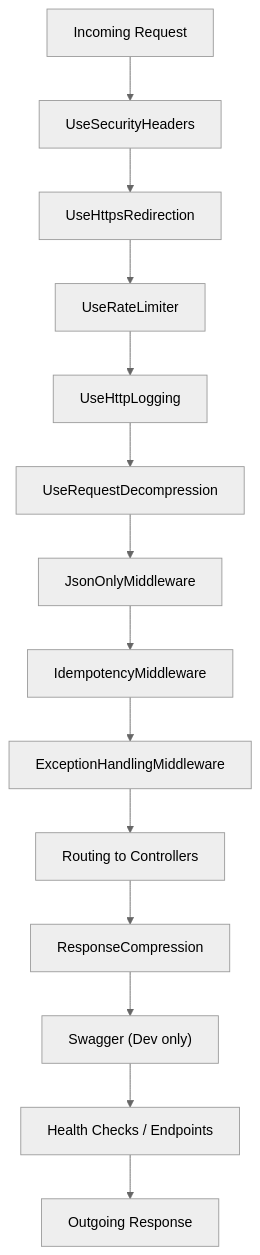
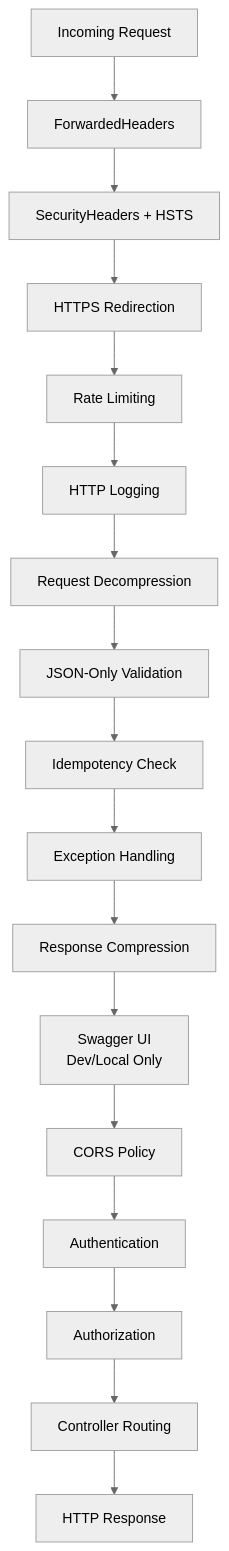
Before and after one commit to debdevops/aspnetbestpractices: the second of 3 diagrams in README.md, drawn with Mermaid (neutral theme). The commit also changed other lines of this file, not shown here.

````diff
--- a/README.md
+++ b/README.md
@@ -64,16 +113,19 @@
 ```mermaid
 flowchart TD
-    A[Incoming Request] --> B[UseSecurityHeaders]
-    B --> C[UseHttpsRedirection]
-    C --> D[UseRateLimiter]
-    D --> E[UseHttpLogging]
-    E --> F[UseRequestDecompression]
-    F --> G[JsonOnlyMiddleware]
-    G --> H[IdempotencyMiddleware]
-    H --> I[ExceptionHandlingMiddleware]
-    I --> J[Routing to Controllers]
-    J --> K[ResponseCompression]
-    K --> L["Swagger (Dev only)"]
-    L --> M[Health Checks / Endpoints]
-    M --> N[Outgoing Response]
+    Request[Incoming Request] --> Forward[ForwardedHeaders]
+    Forward --> Security[SecurityHeaders + HSTS]
+    Security --> HTTPS[HTTPS Redirection]
+    HTTPS --> RateLimit[Rate Limiting]
+    RateLimit --> Logging[HTTP Logging]
+    Logging --> Decompress[Request Decompression]
+    Decompress --> JsonOnly[JSON-Only Validation]
+    JsonOnly --> Idempotency[Idempotency Check]
+    Idempotency --> Exception[Exception Handling]
+    Exception --> Compress[Response Compression]
+    Compress --> Swagger[Swagger UI<br/>Dev/Local Only]
+    Swagger --> CORS[CORS Policy]
+    CORS --> AuthN[Authentication]
+    AuthN --> AuthZ[Authorization]
+    AuthZ --> Route[Controller Routing]
+    Route --> Response[HTTP Response]
 ```
````
